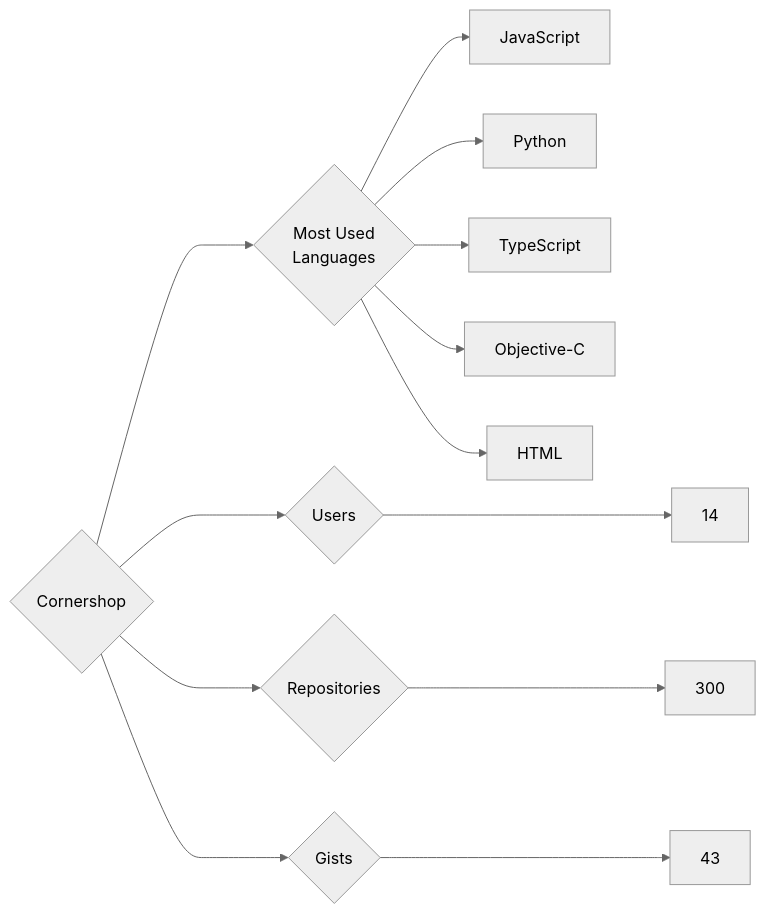
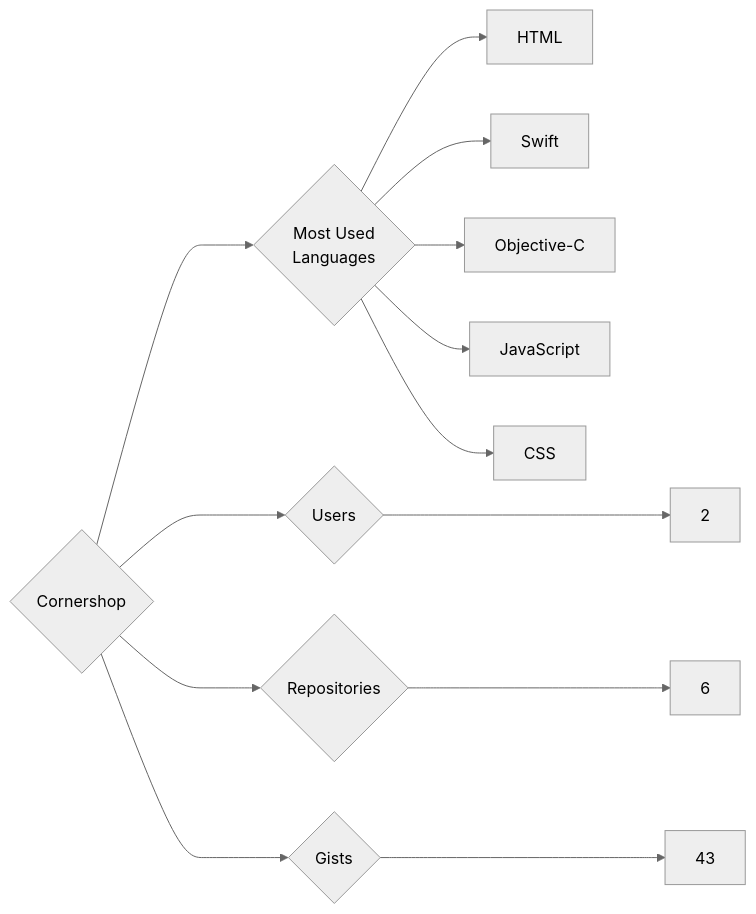
Before and after one commit to trickest/insiders: the diagram in targets/Cornershop/README.md, drawn with Mermaid (neutral theme). The commit also changed 934 other files, not shown here.

````diff
--- a/targets/Cornershop/README.md
+++ b/targets/Cornershop/README.md
@@ -3,13 +3,13 @@
 ```mermaid
 graph LR
 COMPANY_NAME{Cornershop}
-COMPANY_NAME ---> U{Users} ---> UN[14]
-COMPANY_NAME ---> R{Repositories} ---> RN[300]
+COMPANY_NAME ---> U{Users} ---> UN[2]
+COMPANY_NAME ---> R{Repositories} ---> RN[6]
 COMPANY_NAME ---> G{Gists} ---> GN[43]
 COMPANY_NAME ---> ML{Most Used<br>Languages}
+ML --> HTML[HTML]
+ML --> Swift[Swift]
+ML --> Objective-C[Objective-C]
 ML --> JavaScript[JavaScript]
-ML --> Python[Python]
-ML --> TypeScript[TypeScript]
-ML --> Objective-C[Objective-C]
-ML --> HTML[HTML]
+ML --> CSS[CSS]
 ```
````
